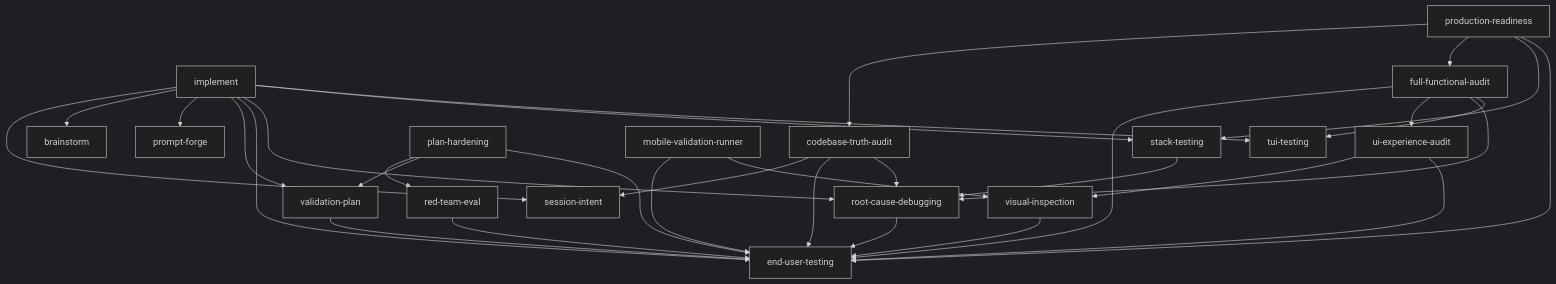
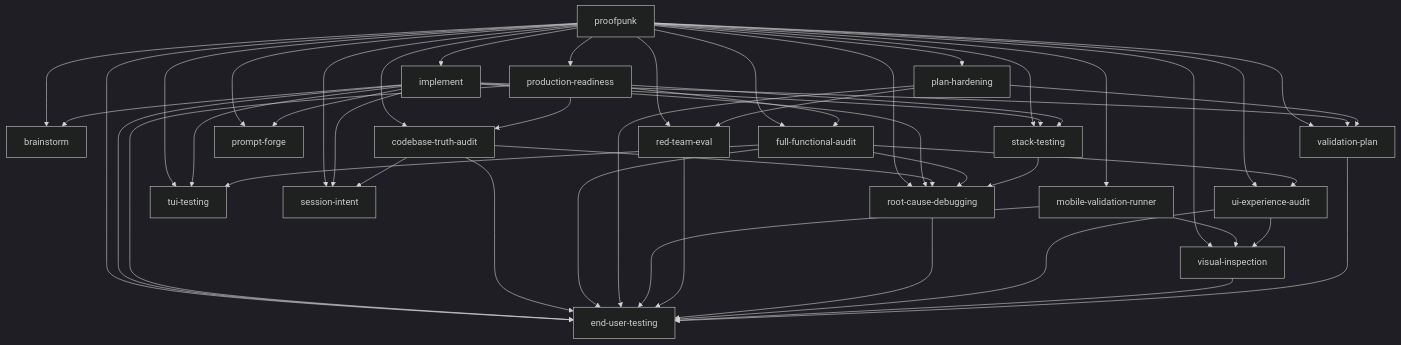
The diagram in plugins/proofpunk/docs/architecture.md (krzemienski/proofpunk), drawn with Mermaid (dark theme) before and after one commit. The commit also changed other lines of this file and 13 other files, not shown here.

````diff
--- a/plugins/proofpunk/docs/architecture.md
+++ b/plugins/proofpunk/docs/architecture.md
@@ -54,35 +55,52 @@
 ```mermaid
 graph TD
   n0["end-user-testing"]
+  proofpunk --> implement
+  proofpunk --> brainstorm
+  proofpunk --> validation-plan
+  proofpunk --> plan-hardening
+  proofpunk --> codebase-truth-audit
+  proofpunk --> full-functional-audit
+  proofpunk --> production-readiness
+  proofpunk --> ui-experience-audit
+  proofpunk --> root-cause-debugging
+  proofpunk --> red-team-eval
+  proofpunk --> stack-testing
+  proofpunk --> mobile-validation-runner
+  proofpunk --> n0
+  proofpunk --> visual-inspection
+  proofpunk --> tui-testing
+  proofpunk --> session-intent
+  proofpunk --> prompt-forge
   implement --> session-intent
   implement --> brainstorm
   implement --> prompt-forge
   implement --> validation-plan
   implement --> n0
   implement --> root-cause-debugging
   implement --> stack-testing
   implement --> tui-testing
   production-readiness --> codebase-truth-audit
   production-readiness --> full-functional-audit
   production-readiness --> stack-testing
   production-readiness --> n0
   codebase-truth-audit --> session-intent
   codebase-truth-audit --> n0
   codebase-truth-audit --> root-cause-debugging
   full-functional-audit --> n0
   full-functional-audit --> ui-experience-audit
   full-functional-audit --> root-cause-debugging
   full-functional-audit --> tui-testing
   plan-hardening --> red-team-eval
   plan-hardening --> validation-plan
   plan-hardening --> n0
   stack-testing --> root-cause-debugging
   mobile-validation-runner --> n0
   mobile-validation-runner --> visual-inspection
   red-team-eval --> n0
   root-cause-debugging --> n0
   ui-experience-audit --> visual-inspection
   ui-experience-audit --> n0
   visual-inspection --> n0
   validation-plan --> n0
 ```
````
